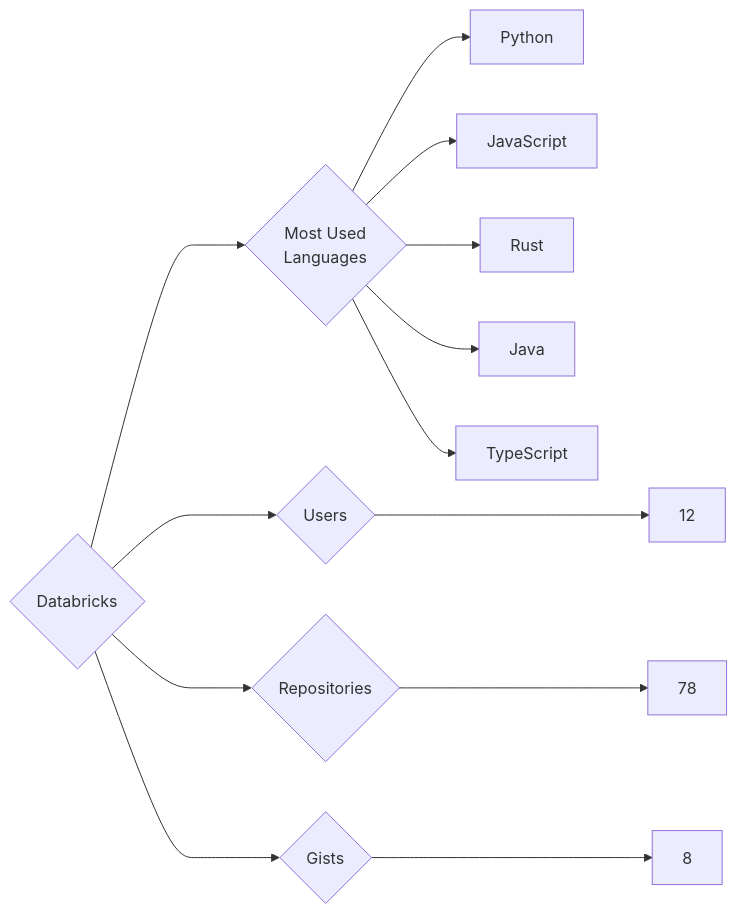
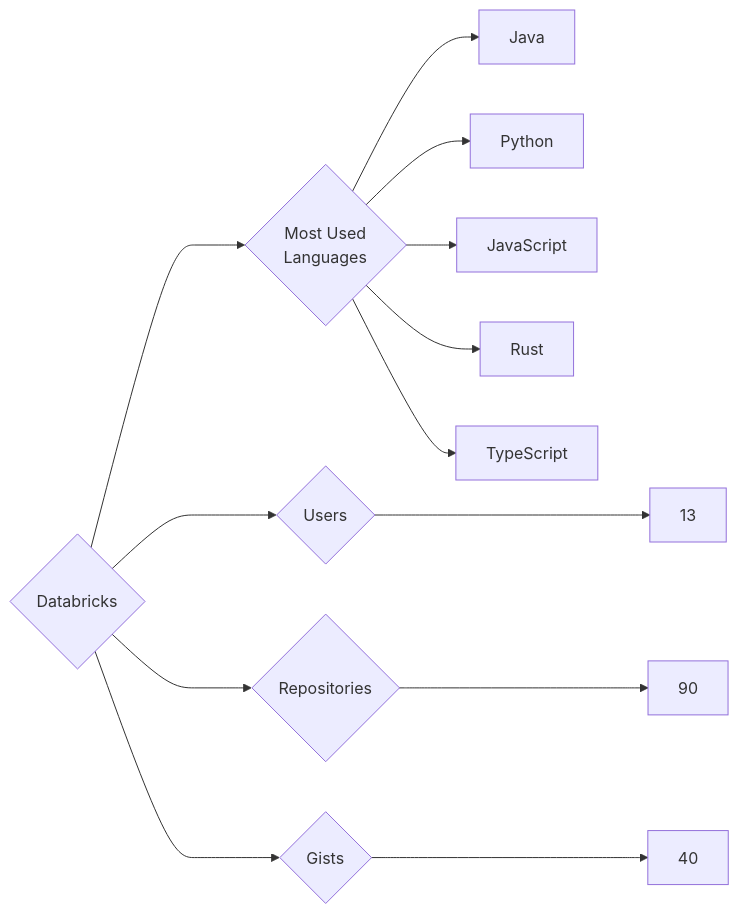
Before and after one commit to trickest/insiders: the diagram in targets/Databricks/README.md, drawn with Mermaid. The commit also changed 997 other files, not shown here.

````diff
--- a/targets/Databricks/README.md
+++ b/targets/Databricks/README.md
@@ -3,13 +3,13 @@
 ```mermaid
 graph LR
 COMPANY_NAME{Databricks}
-COMPANY_NAME ---> U{Users} ---> UN[12]
-COMPANY_NAME ---> R{Repositories} ---> RN[78]
-COMPANY_NAME ---> G{Gists} ---> GN[8]
+COMPANY_NAME ---> U{Users} ---> UN[13]
+COMPANY_NAME ---> R{Repositories} ---> RN[90]
+COMPANY_NAME ---> G{Gists} ---> GN[40]
 COMPANY_NAME ---> ML{Most Used<br>Languages}
+ML --> Java[Java]
 ML --> Python[Python]
 ML --> JavaScript[JavaScript]
 ML --> Rust[Rust]
-ML --> Java[Java]
 ML --> TypeScript[TypeScript]
 ```
````
